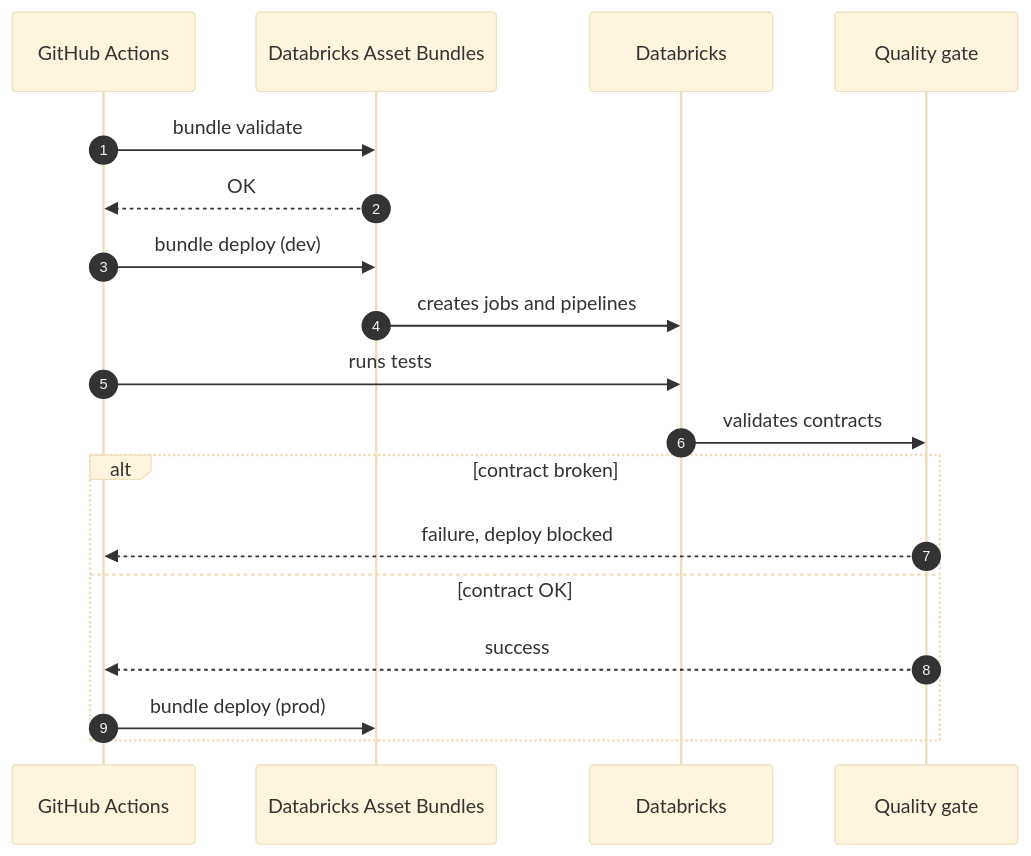
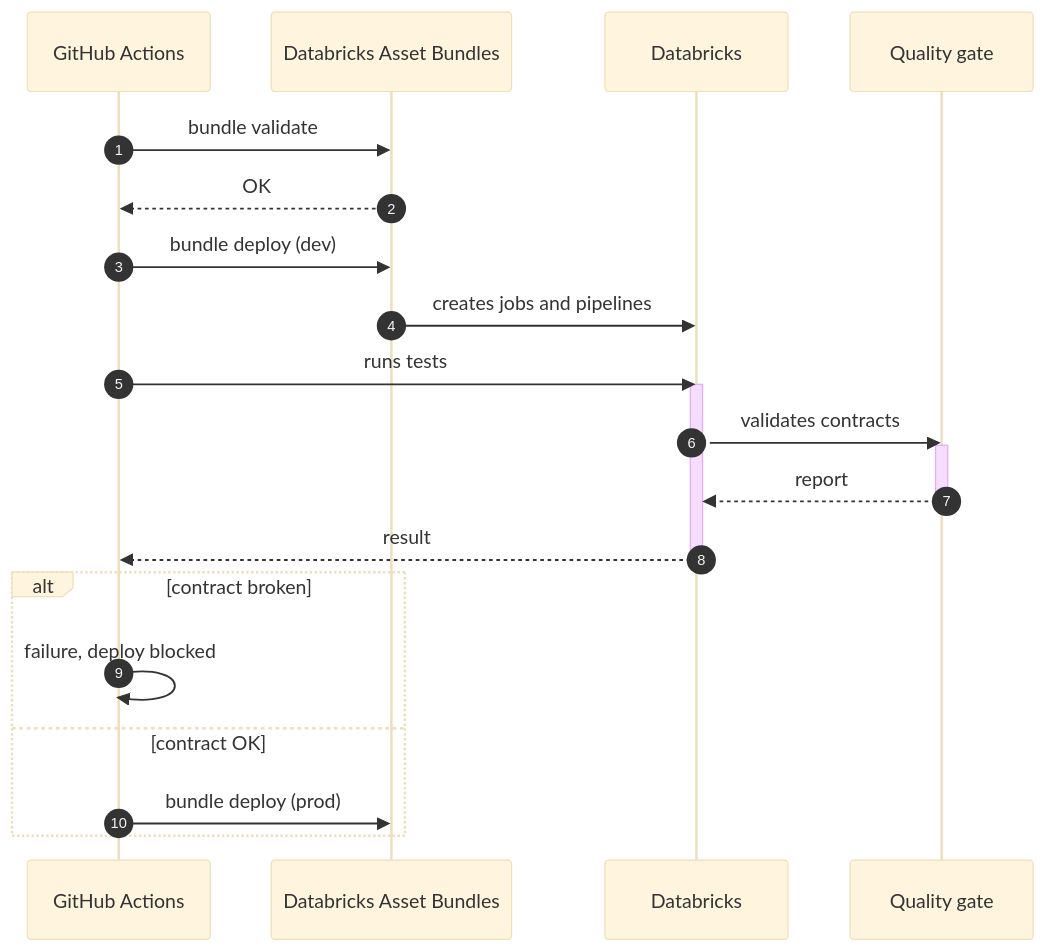
One commit to v-amorim/portfolio changed the sixth of 25 diagrams in docs/blog/exemplos-mermaid.en.md. Above: the diagram before and after it, drawn with Mermaid (base theme). The commit also changed other lines of this file and 5 other files, not shown here.

Commit message:
content: reframe the Mermaid post as a Moonlight theme gallery with per-diagram notes

````diff
--- a/docs/blog/exemplos-mermaid.en.md
+++ b/docs/blog/exemplos-mermaid.en.md
@@ -120,20 +133,25 @@
 ```mermaid
 sequenceDiagram
     autonumber
     participant GH as GitHub Actions
     participant DAB as Databricks Asset Bundles
     participant DBX as Databricks
     participant DQ as Quality gate
     GH->>DAB: bundle validate
     DAB-->>GH: OK
     GH->>DAB: bundle deploy (dev)
     DAB->>DBX: creates jobs and pipelines
     GH->>DBX: runs tests
+    activate DBX
     DBX->>DQ: validates contracts
+    activate DQ
+    DQ-->>DBX: report
+    deactivate DQ
+    DBX-->>GH: result
+    deactivate DBX
     alt contract broken
-        DQ-->>GH: failure, deploy blocked
+        GH->>GH: failure, deploy blocked
     else contract OK
-        DQ-->>GH: success
         GH->>DAB: bundle deploy (prod)
     end
 ```
````
